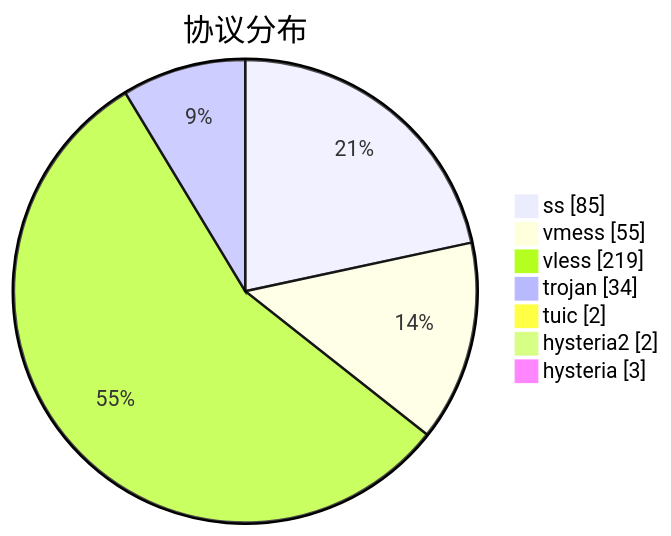
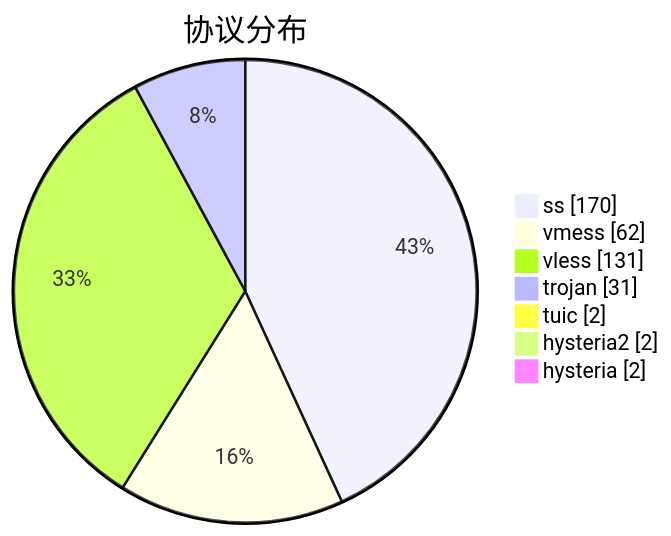
One commit to qjlxg/airport changed the third of 3 diagrams in subs/statistics/tested_within.md. Above: the diagram before and after it, drawn with Mermaid. The commit also changed other lines of this file and 2 other files, not shown here.

````diff
--- a/subs/statistics/tested_within.md
+++ b/subs/statistics/tested_within.md
@@ -38,11 +34,11 @@
 ```mermaid
 pie showData
 title 协议分布
-"ss" : 85
-"vmess" : 55
-"vless" : 219
-"trojan" : 34
+"ss" : 170
+"vmess" : 62
+"vless" : 131
+"trojan" : 31
 "tuic" : 2
 "hysteria2" : 2
-"hysteria" : 3
+"hysteria" : 2
 ```
````
